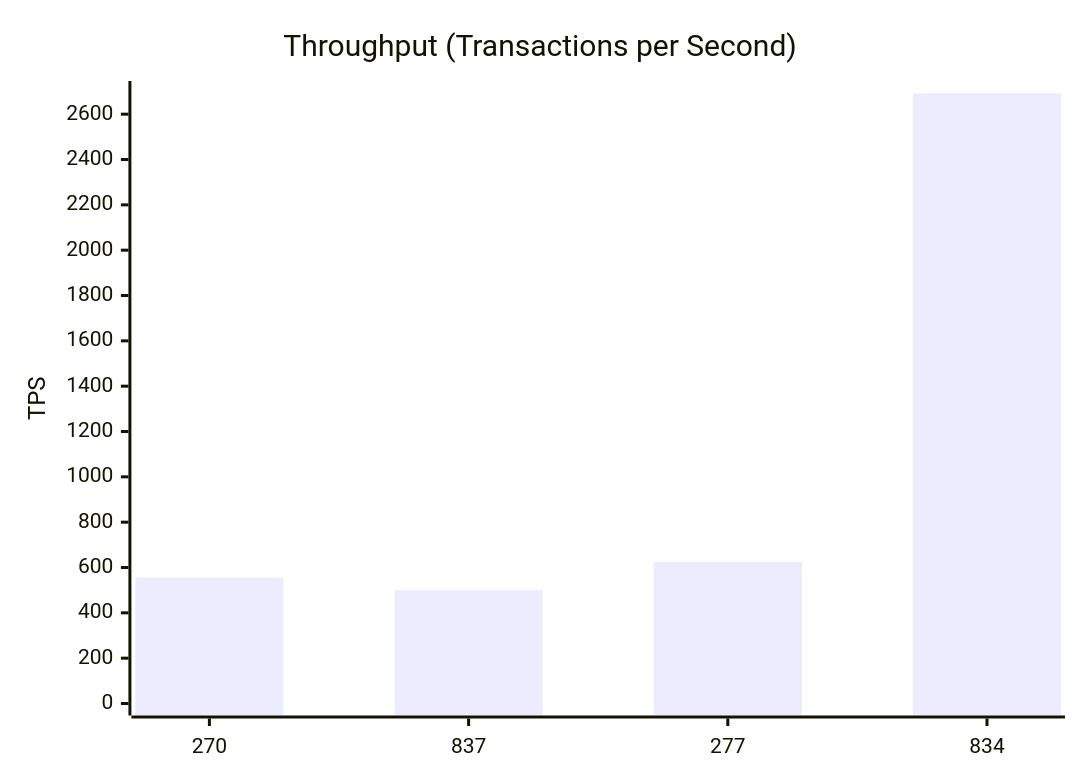
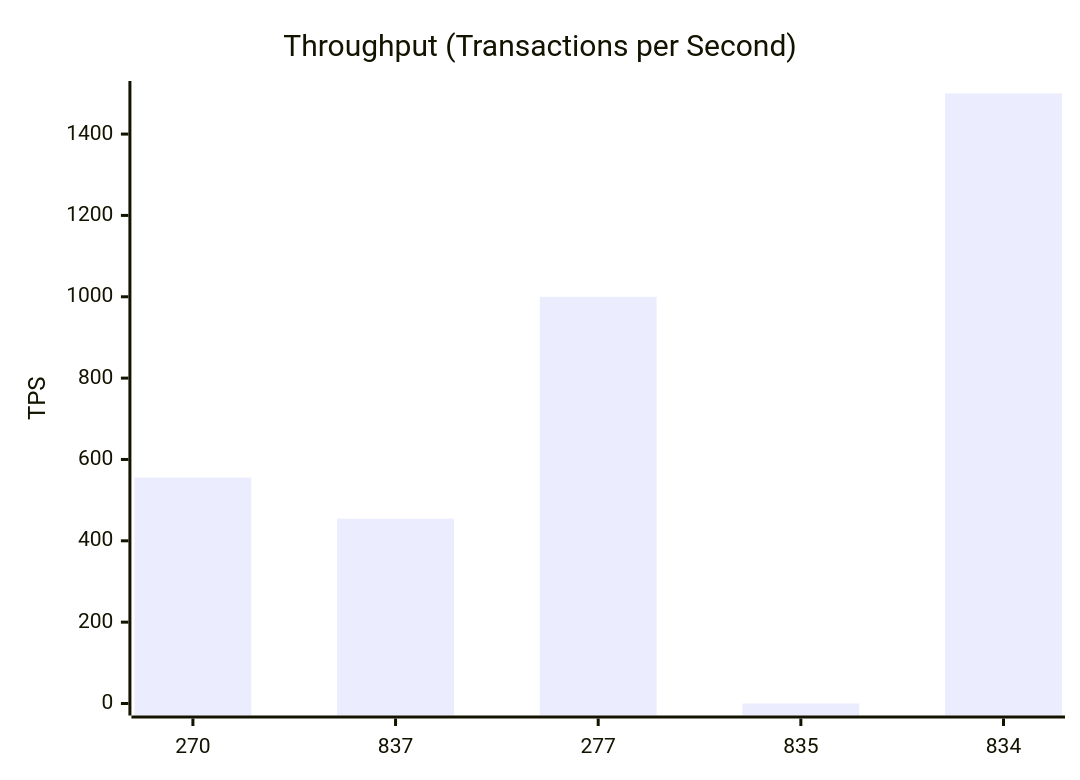
Before and after one commit to dhagan-va/intern-2025: the second of 10 diagrams in test-tools/DataGen/src/Statistics_Visualizer.md, drawn with Mermaid. The commit also changed other lines of this file and 5 other files, not shown here.

````diff
--- a/test-tools/DataGen/src/Statistics_Visualizer.md
+++ b/test-tools/DataGen/src/Statistics_Visualizer.md
@@ -29,7 +30,7 @@
 ```mermaid
 xychart-beta
     title "Throughput (Transactions per Second)"
-    x-axis ["270", "837", "277", "834"]
-    y-axis "TPS" 0 --> 2693.5148088314486
-    bar [555.4938340184424, 499.90001999600076, 625.1562890722681, 2692.5148088314486]
+    x-axis ["270", "837", "277", "835", "834"]
+    y-axis "TPS" 0 --> 1501.0
+    bar [555.5555555555555, 454.5041359876375, 1000.0, 0.0, 1500.0]
 ```
````
